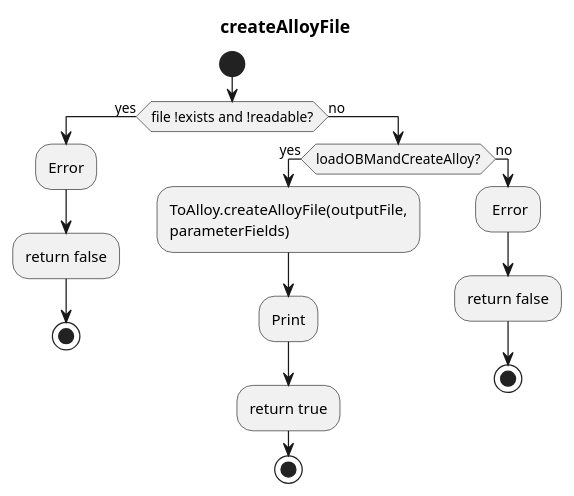
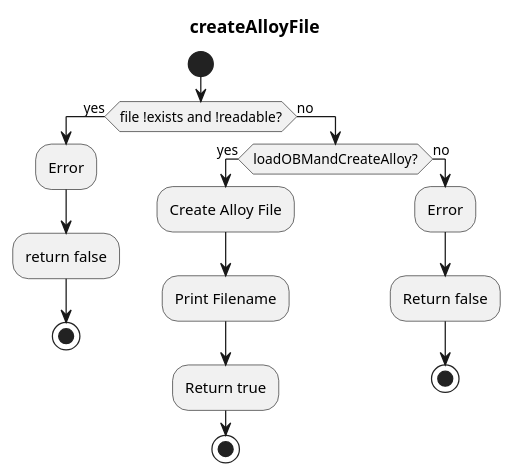
The diagram in src/main/javadoc/edu/gatech/gtri/obm/translator/alloy/fromxmi/doc-files/OBMXMI2Alloy_createAlloyFile.puml (ontological-behavior-modeling/tester), drawn with PlantUML before and after one commit. The commit also changed 11 other files, not shown here.

```diff
--- a/src/main/javadoc/edu/gatech/gtri/obm/translator/alloy/fromxmi/doc-files/OBMXMI2Alloy_createAlloyFile.puml
+++ b/src/main/javadoc/edu/gatech/gtri/obm/translator/alloy/fromxmi/doc-files/OBMXMI2Alloy_createAlloyFile.puml
@@ -1,20 +1,20 @@
 @startuml
 start
 title createAlloyFile
 if (file !exists and !readable?) then (yes)
  :Error;
  :return false;
  stop
 else (no)
  if (loadOBMandCreateAlloy?) then (yes)
-  :ToAlloy.createAlloyFile(outputFile,\nparameterFields);
-  :Print;
-  :return true;
+  :Create Alloy File;
+  :Print Filename;
+  :Return true;
   stop
  else(no)
-  : Error;
-  :return false;
+  :Error;
+  :Return false;
   stop
  endif
 endif
 @enduml
```
